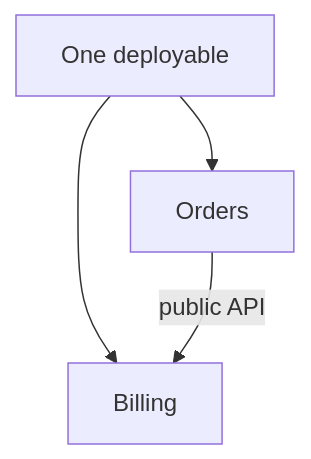
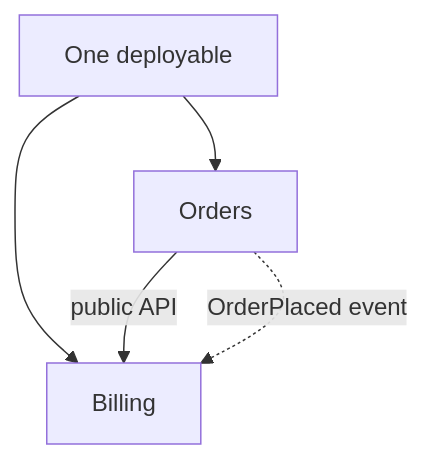
The diagram in Backend/Application architecture patterns/Modular Monolith.md (Bezugsmolluske/knowledge-base), drawn with Mermaid before and after one commit. The commit also changed other lines of this file and 15 other files, not shown here.

````diff
--- a/Backend/Application architecture patterns/Modular Monolith.md
+++ b/Backend/Application architecture patterns/Modular Monolith.md
@@ -19,6 +23,7 @@
 ```mermaid
 graph TD
 App[One deployable] --> O[Orders]
 App --> B[Billing]
 O -->|public API| B
+O -.->|OrderPlaced event| B
 ```
````
